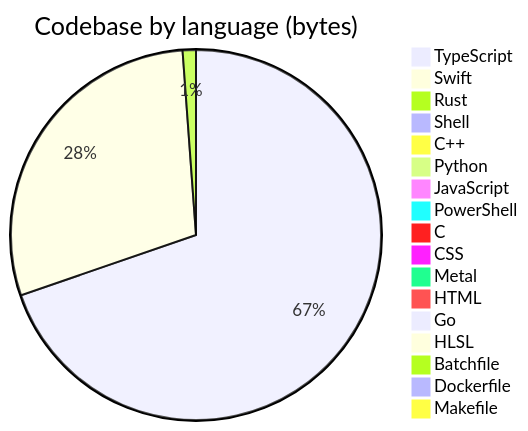
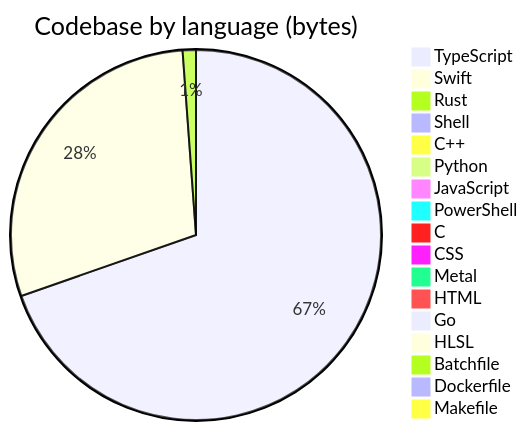
The diagram in profile/README.md (Open330/.github), drawn with Mermaid before and after one commit. The commit also changed other lines of this file, not shown here.

````diff
--- a/profile/README.md
+++ b/profile/README.md
@@ -125,20 +125,20 @@
 ```mermaid
 pie title Codebase by language (bytes)
-    "TypeScript" : 33935777
-    "Swift" : 14175237
+    "TypeScript" : 33944352
+    "Swift" : 14221260
     "Rust" : 564235
-    "Shell" : 445197
+    "Shell" : 449778
     "C++" : 388775
-    "Python" : 294503
-    "JavaScript" : 202095
+    "Python" : 296261
+    "JavaScript" : 205579
     "PowerShell" : 128198
     "C" : 114143
     "CSS" : 77784
     "Metal" : 33033
     "HTML" : 31957
     "Go" : 22811
     "HLSL" : 7527
     "Batchfile" : 5870
     "Dockerfile" : 4893
     "Makefile" : 1150
 ```
````
